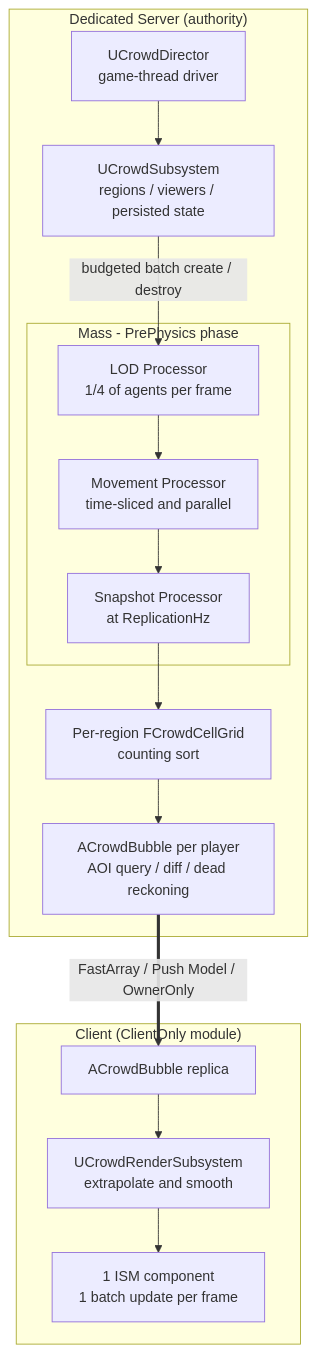
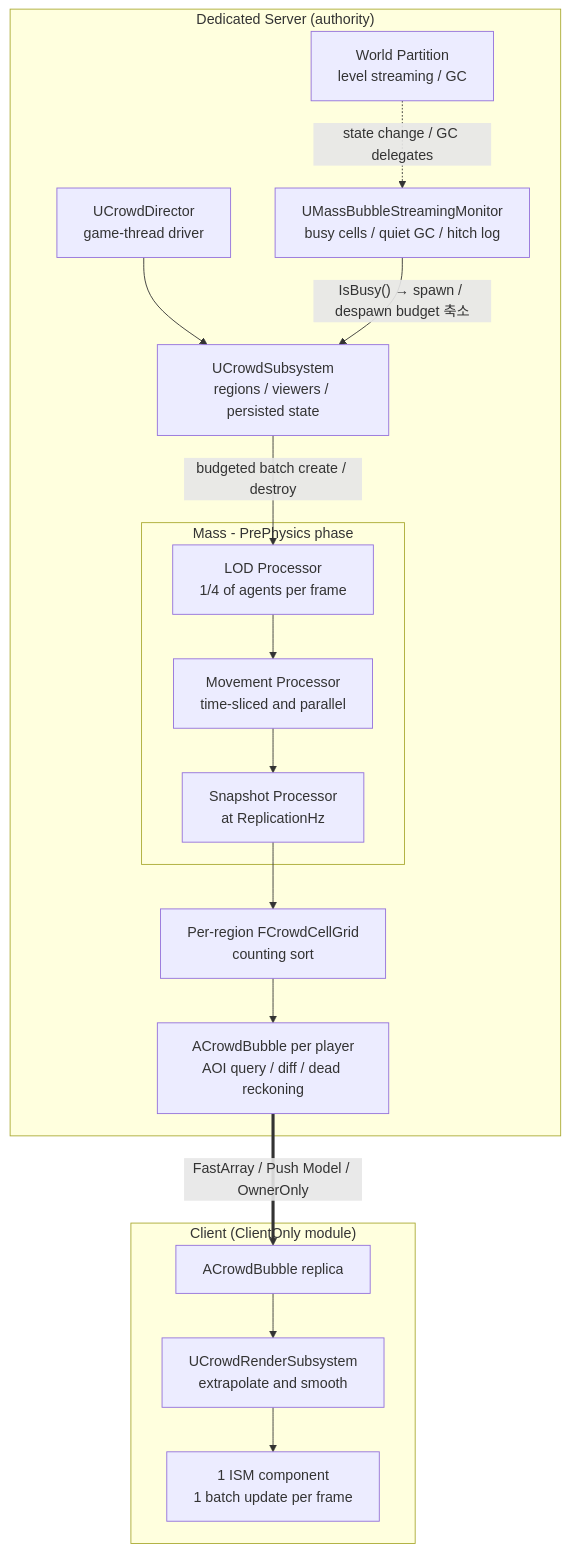
Before and after one commit to woodsshin/GameServer: the first of 3 diagrams in MassBubble/README.md, drawn with Mermaid. The commit also changed other lines of this file, not shown here.

````diff
--- a/MassBubble/README.md
+++ b/MassBubble/README.md
@@ -69,18 +73,20 @@
 ```mermaid
 flowchart TB
     subgraph SERVER["Dedicated Server (authority)"]
         DIR["UCrowdDirector<br/>game-thread driver"] --> SUB["UCrowdSubsystem<br/>regions / viewers / persisted state"]
+        WPS["World Partition<br/>level streaming / GC"] -. "state change / GC delegates" .-> MON["UMassBubbleStreamingMonitor<br/>busy cells / quiet GC / hitch log"]
+        MON -- "IsBusy() → spawn / despawn budget 축소" --> SUB
         SUB -- "budgeted batch create / destroy" --> LOD
         subgraph MASS["Mass - PrePhysics phase"]
             LOD["LOD Processor<br/>1/4 of agents per frame"] --> MOVE["Movement Processor<br/>time-sliced and parallel"]
             MOVE --> SNAP["Snapshot Processor<br/>at ReplicationHz"]
         end
         SNAP --> GRID["Per-region FCrowdCellGrid<br/>counting sort"]
         GRID --> BUB["ACrowdBubble per player<br/>AOI query / diff / dead reckoning"]
     end
     BUB == "FastArray / Push Model / OwnerOnly" ==> CBUB
     subgraph CLIENT["Client (ClientOnly module)"]
         CBUB["ACrowdBubble replica"] --> REND["UCrowdRenderSubsystem<br/>extrapolate and smooth"]
         REND --> ISM["1 ISM component<br/>1 batch update per frame"]
     end
 ```
````
